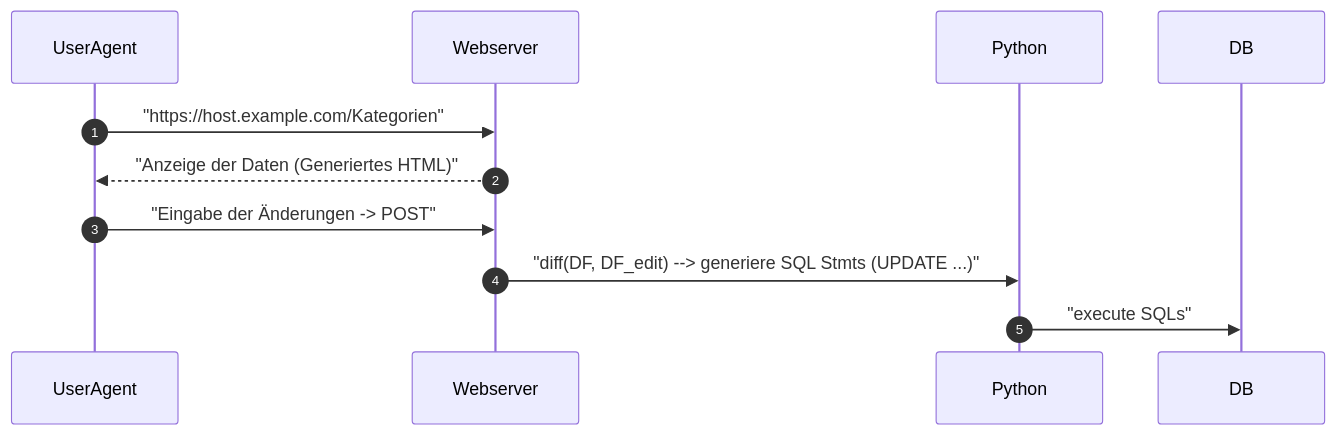
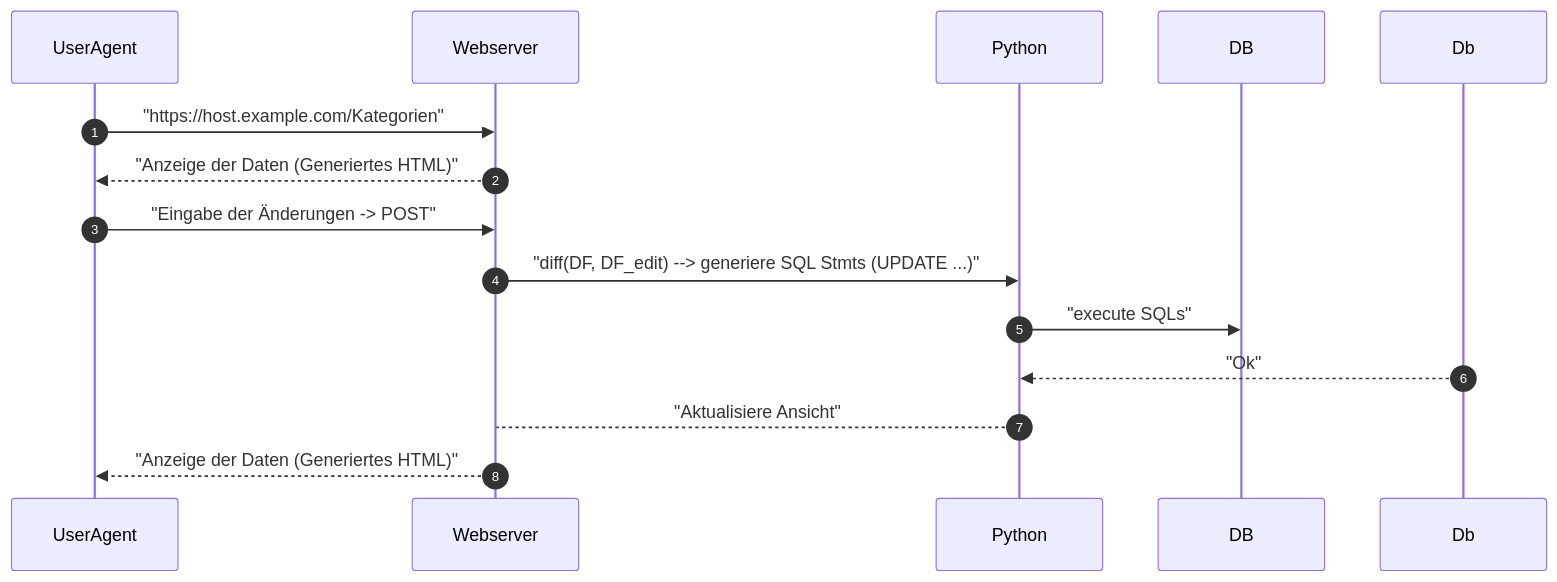
One commit to nevsglueckauf/2doList changed the diagram in doq/mytest.md. Above: the diagram before and after it, drawn with Mermaid.

Commit message:
Dokumentation / Test Sequenzsdiagrammanzeige

````diff
--- a/doq/mytest.md
+++ b/doq/mytest.md
@@ -3,9 +3,12 @@
 ```mermaid
 sequenceDiagram
     autonumber
     UserAgent->>Webserver: "https://host.example.com/Kategorien"
     Webserver-->>UserAgent: "Anzeige der Daten (Generiertes HTML)" 
     UserAgent->>Webserver: "Eingabe der Änderungen -> POST"
     Webserver->>Python:  "diff(DF, DF_edit) --> generiere SQL Stmts (UPDATE ...)" 
     Python->>DB:  "execute SQLs"
+    Db-->>Python: "Ok"
+    Python-->Webserver: "Aktualisiere Ansicht"
+    Webserver-->>UserAgent: "Anzeige der Daten (Generiertes HTML)" 
 ```
````
